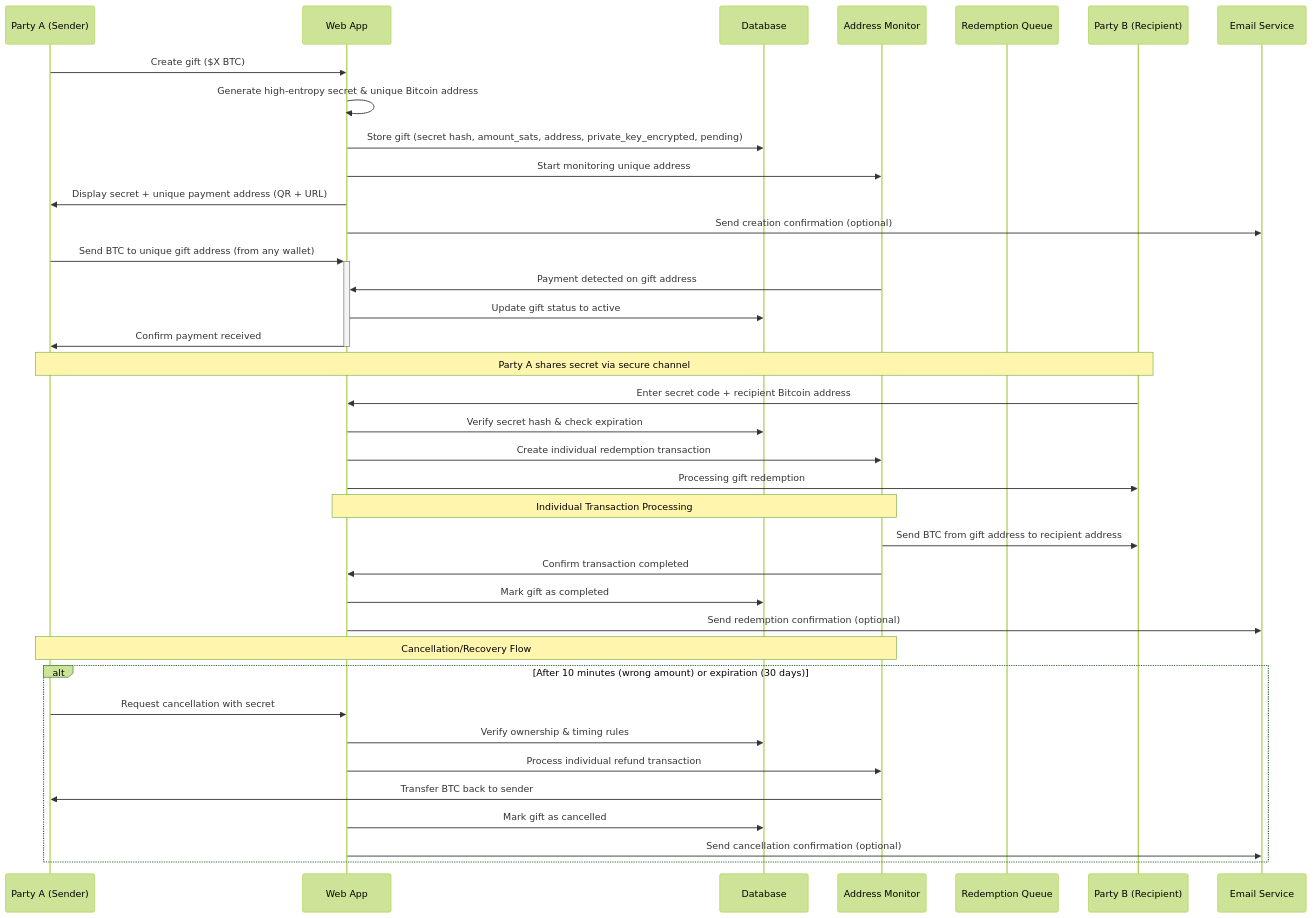
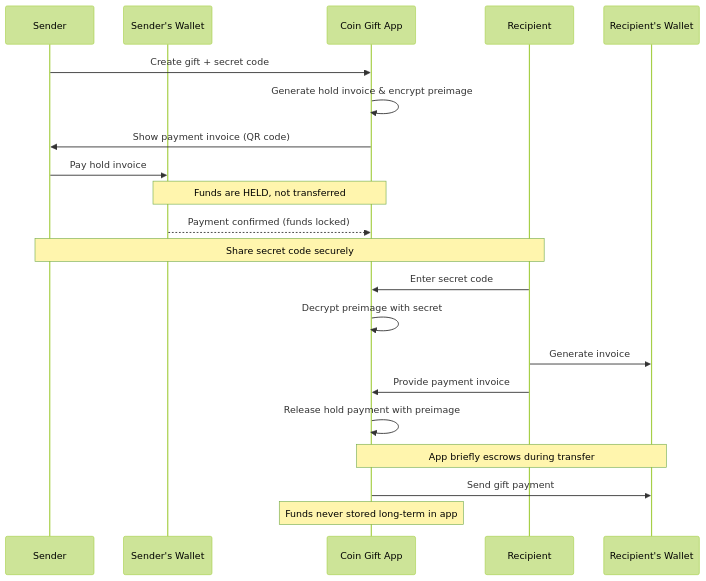
Before and after one commit to antonio-ivanovski/coin-gift: the diagram in README.md, drawn with Mermaid (forest theme). The commit also changed other lines of this file, not shown here.

````diff
--- a/README.md
+++ b/README.md
@@ -17,45 +17,29 @@
 ```mermaid
 sequenceDiagram
-    participant A as Party A (Sender)
-    participant App as Web App
-    participant DB as Database
-    participant Monitor as Address Monitor
-    participant Queue as Redemption Queue
-    participant B as Party B (Recipient)
-    participant Email as Email Service
+    participant Sender
+    participant SenderWallet as Sender's Wallet
+    participant App as Coin Gift App
+    participant Recipient
+    participant RecipientWallet as Recipient's Wallet
 
-    A->>App: Create gift ($X BTC)
-    App->>App: Generate high-entropy secret & unique Bitcoin address
-    App->>DB: Store gift (secret hash, amount_sats, address, private_key_encrypted, pending)
-    App->>Monitor: Start monitoring unique address
-    App->>A: Display secret + unique payment address (QR + URL)
-    App->>Email: Send creation confirmation (optional)
-    
-    A->>+App: Send BTC to unique gift address (from any wallet)
-    Monitor->>App: Payment detected on gift address
-    App->>DB: Update gift status to active
-    App->>-A: Confirm payment received
-    
-    Note over A,B: Party A shares secret via secure channel
-    
-    B->>App: Enter secret code + recipient Bitcoin address
-    App->>DB: Verify secret hash & check expiration
-    App->>Monitor: Create individual redemption transaction
-    App->>B: Processing gift redemption
-    
-    Note over Monitor,App: Individual Transaction Processing
-    Monitor->>B: Send BTC from gift address to recipient address
-    Monitor->>App: Confirm transaction completed
-    App->>DB: Mark gift as completed
-    App->>Email: Send redemption confirmation (optional)
+    Sender->>App: Create gift + secret code
+    App->>App: Generate hold invoice & encrypt preimage
+    App->>Sender: Show payment invoice (QR code)
 
-    Note over A,Monitor: Cancellation/Recovery Flow
-    alt After 10 minutes (wrong amount) or expiration (30 days)
-        A->>App: Request cancellation with secret
-        App->>DB: Verify ownership & timing rules
-        App->>Monitor: Process individual refund transaction
-        Monitor->>A: Transfer BTC back to sender
-        App->>DB: Mark gift as cancelled
-        App->>Email: Send cancellation confirmation (optional)
-    end
+    Sender->>SenderWallet: Pay hold invoice
+    Note over SenderWallet, App: Funds are HELD, not transferred
+    SenderWallet-->>App: Payment confirmed (funds locked)
+
+    Note over Sender, Recipient: Share secret code securely
+
+    Recipient->>App: Enter secret code
+    App->>App: Decrypt preimage with secret
+    Recipient->>RecipientWallet: Generate invoice
+    Recipient->>App: Provide payment invoice
+
+    App->>App: Release hold payment with preimage
+    Note over App, RecipientWallet: App briefly escrows during transfer
+    App->>RecipientWallet: Send gift payment
+
+    Note over App: Funds never stored long-term in app
 ```
````
